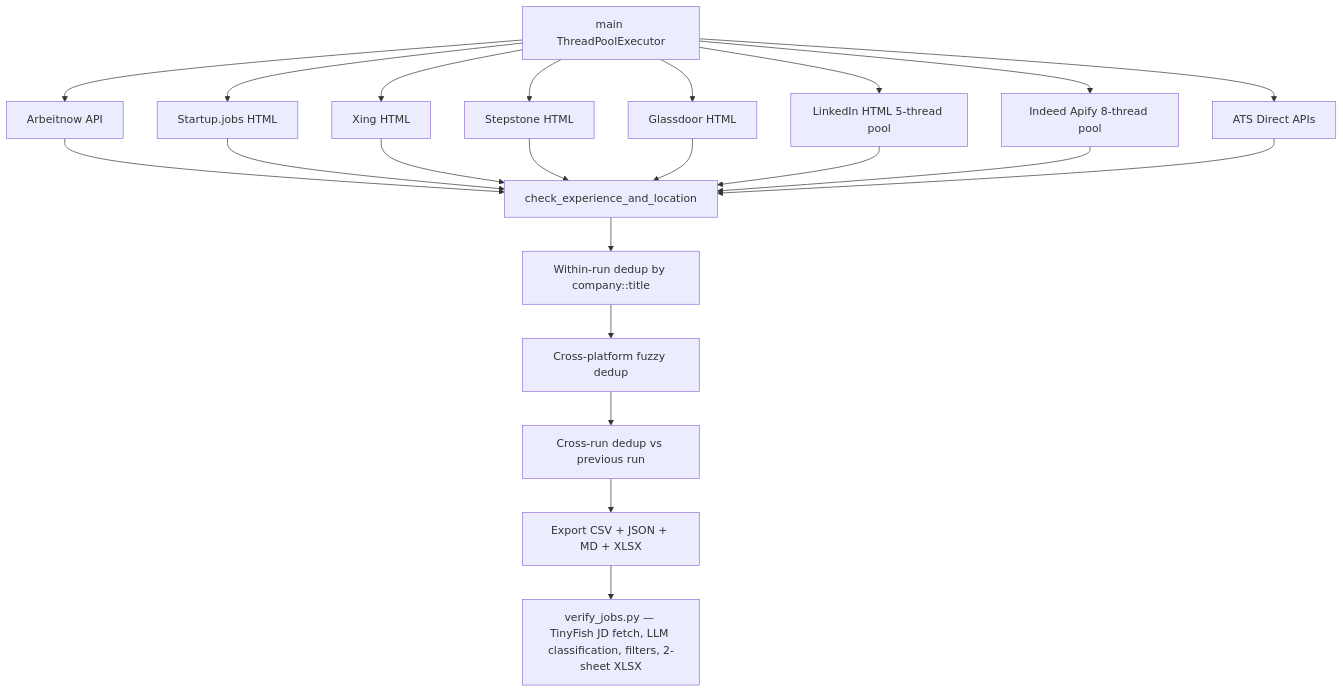
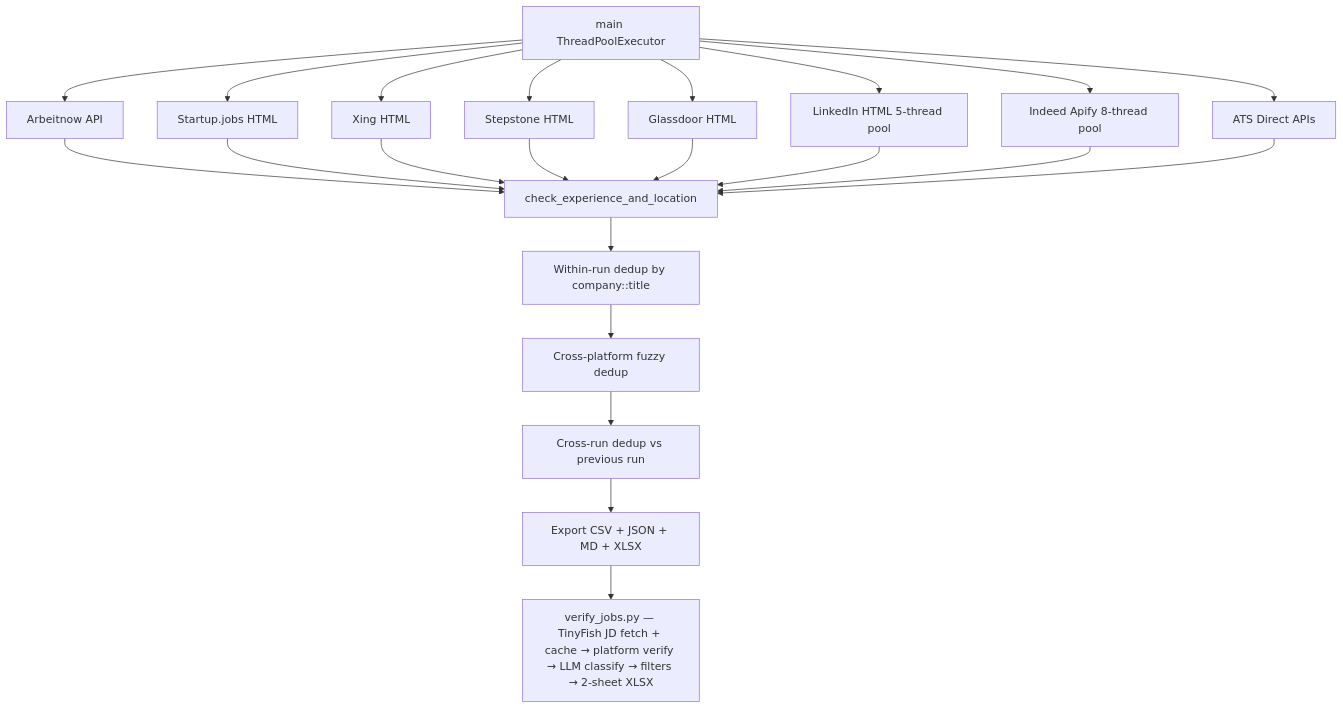
One commit to SagarMarthandan/Simple-Job-Scraper changed the diagram in ARCHITECTURE.md. Above: the diagram before and after it, drawn with Mermaid. The commit also changed other lines of this file and 2 other files, not shown here.

First line of the commit message:
Update docs: architecture refactor, regex removal, LLM-only classification

````diff
--- a/ARCHITECTURE.md
+++ b/ARCHITECTURE.md
@@ -7,24 +7,24 @@
 ```mermaid
 graph TD
     A[main ThreadPoolExecutor] --> B[Arbeitnow API]
     A --> C[Startup.jobs HTML]
     A --> D[Xing HTML]
     A --> E[Stepstone HTML]
     A --> F[Glassdoor HTML]
     A --> G[LinkedIn HTML 5-thread pool]
     A --> H[Indeed Apify 8-thread pool]
     A --> I[ATS Direct APIs]
     B --> J[check_experience_and_location]
     C --> J
     D --> J
     E --> J
     F --> J
     G --> J
     H --> J
     I --> J
     J --> K[Within-run dedup by company::title]
     K --> K2[Cross-platform fuzzy dedup]
     K2 --> L[Cross-run dedup vs previous run]
     L --> M[Export CSV + JSON + MD + XLSX]
-    M --> N[verify_jobs.py — TinyFish JD fetch, LLM classification, filters, 2-sheet XLSX]
+    M --> N[verify_jobs.py — TinyFish JD fetch + cache → platform verify → LLM classify → filters → 2-sheet XLSX]
 ```
````
